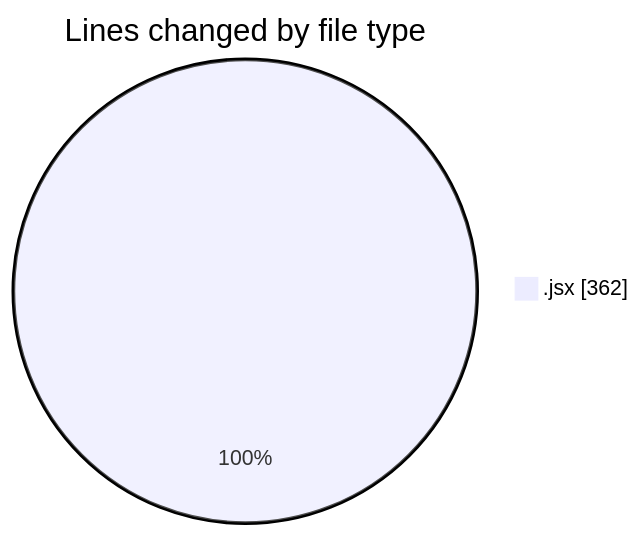
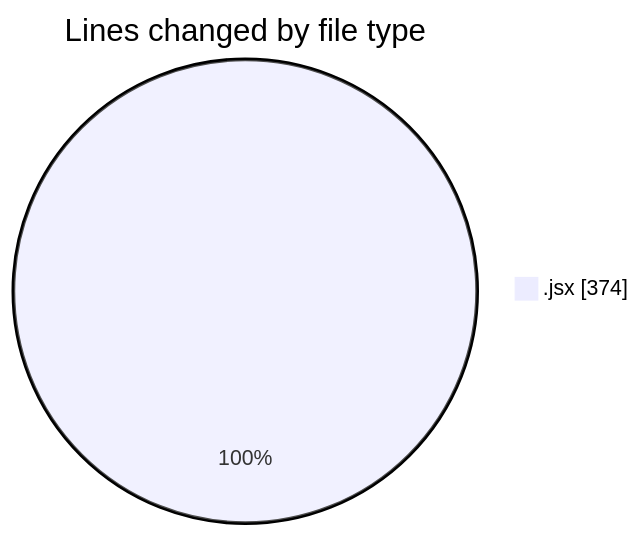
One commit to Elitesun/code-tracking changed the first of 2 diagrams in 2025-02-21/elitegpt/README.md. Above: the diagram before and after it, drawn with Mermaid. The commit also changed other lines of this file and 1 other file, not shown here.

````diff
--- a/2025-02-21/elitegpt/README.md
+++ b/2025-02-21/elitegpt/README.md
@@ -23,5 +23,5 @@
 ```mermaid
 pie showData
 title Lines changed by file type
-".jsx" : 362
+".jsx" : 374
 ```
````
